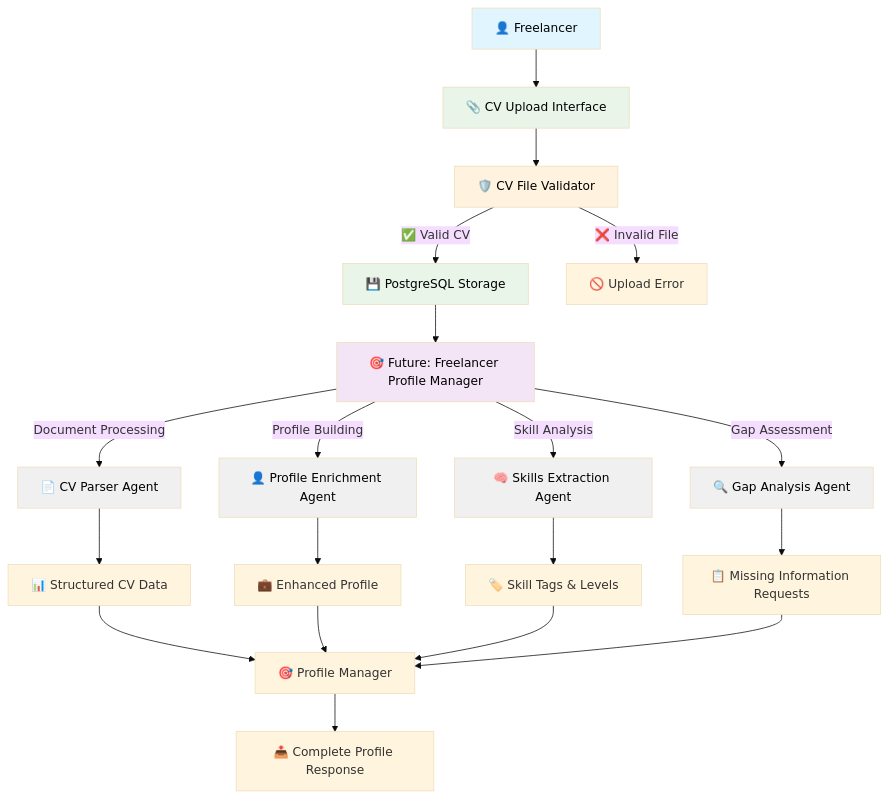
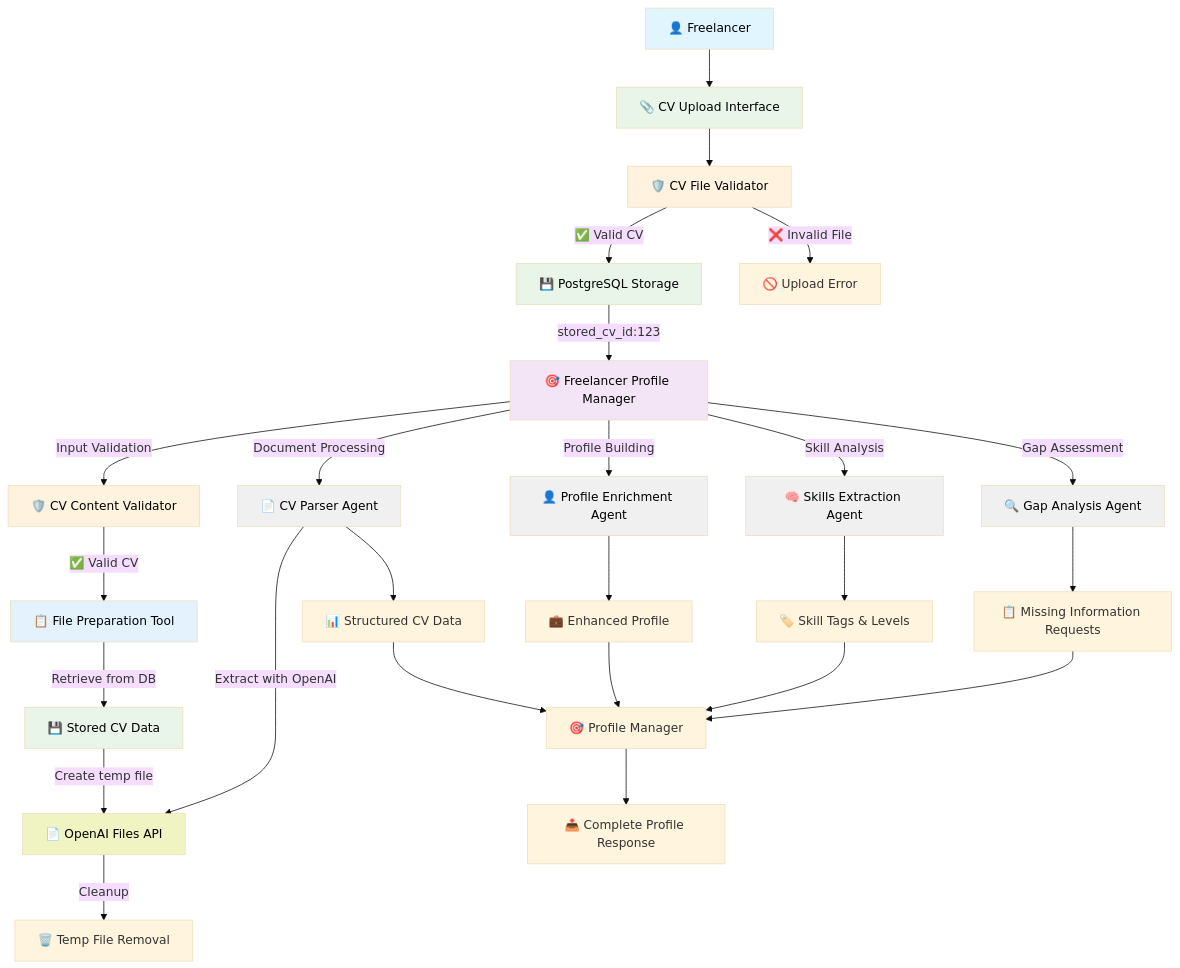
One commit to sandrop8/multi-agent-expert-sourcing changed the second of 2 diagrams in README.md. Above: the diagram before and after it, drawn with Mermaid (base theme). The commit also changed other lines of this file and 16 other files, not shown here.

````diff
--- a/README.md
+++ b/README.md
@@ -101,34 +104,47 @@
 ```mermaid
 graph TD
     A[👤 Freelancer] --> B[📎 CV Upload Interface]
     B --> C[🛡️ CV File Validator]
     C -->|✅ Valid CV| D[💾 PostgreSQL Storage]
     C -->|❌ Invalid File| E[🚫 Upload Error]
     
-    D --> F[🎯 Future: Freelancer Profile Manager]
-    F -->|Document Processing| G[📄 CV Parser Agent]
-    F -->|Profile Building| H[👤 Profile Enrichment Agent]
-    F -->|Skill Analysis| I[🧠 Skills Extraction Agent]
-    F -->|Gap Assessment| J[🔍 Gap Analysis Agent]
+    D -->|stored_cv_id:123| F[🎯 Freelancer Profile Manager]
+    F -->|Input Validation| G[🛡️ CV Content Validator]
+    G -->|✅ Valid CV| H[📋 File Preparation Tool]
     
-    G --> K[📊 Structured CV Data]
-    H --> L[💼 Enhanced Profile]
-    I --> M[🏷️ Skill Tags & Levels]
-    J --> N[📋 Missing Information Requests]
+    H -->|Retrieve from DB| I[💾 Stored CV Data]
+    I -->|Create temp file| J[📄 OpenAI Files API]
     
-    K --> O[🎯 Profile Manager]
-    L --> O
-    M --> O
-    N --> O
-    O --> P[📤 Complete Profile Response]
+    F -->|Document Processing| K[📄 CV Parser Agent]
+    F -->|Profile Building| L[👤 Profile Enrichment Agent]
+    F -->|Skill Analysis| M[🧠 Skills Extraction Agent]
+    F -->|Gap Assessment| N[🔍 Gap Analysis Agent]
+    
+    K -->|Extract with OpenAI| J
+    K --> O[📊 Structured CV Data]
+    L --> P[💼 Enhanced Profile]
+    M --> Q[🏷️ Skill Tags & Levels]
+    N --> R[📋 Missing Information Requests]
+    
+    O --> S[🎯 Profile Manager]
+    P --> S
+    Q --> S
+    R --> S
+    S --> T[📤 Complete Profile Response]
+    
+    J -->|Cleanup| U[🗑️ Temp File Removal]
     
     style A fill:#e1f5fe,color:#000000
     style B fill:#e8f5e8,color:#000000
     style C fill:#fff3e0,color:#000000
     style D fill:#e8f5e8,color:#000000
     style F fill:#f3e5f5,color:#000000
-    style G fill:#f0f0f0,color:#000000
-    style H fill:#f0f0f0,color:#000000
-    style I fill:#f0f0f0,color:#000000
-    style J fill:#f0f0f0,color:#000000
+    style G fill:#fff3e0,color:#000000
+    style H fill:#e3f2fd,color:#000000
+    style I fill:#e8f5e8,color:#000000
+    style J fill:#f0f4c3,color:#000000
+    style K fill:#f0f0f0,color:#000000
+    style L fill:#f0f0f0,color:#000000
+    style M fill:#f0f0f0,color:#000000
+    style N fill:#f0f0f0,color:#000000
 ```
````
